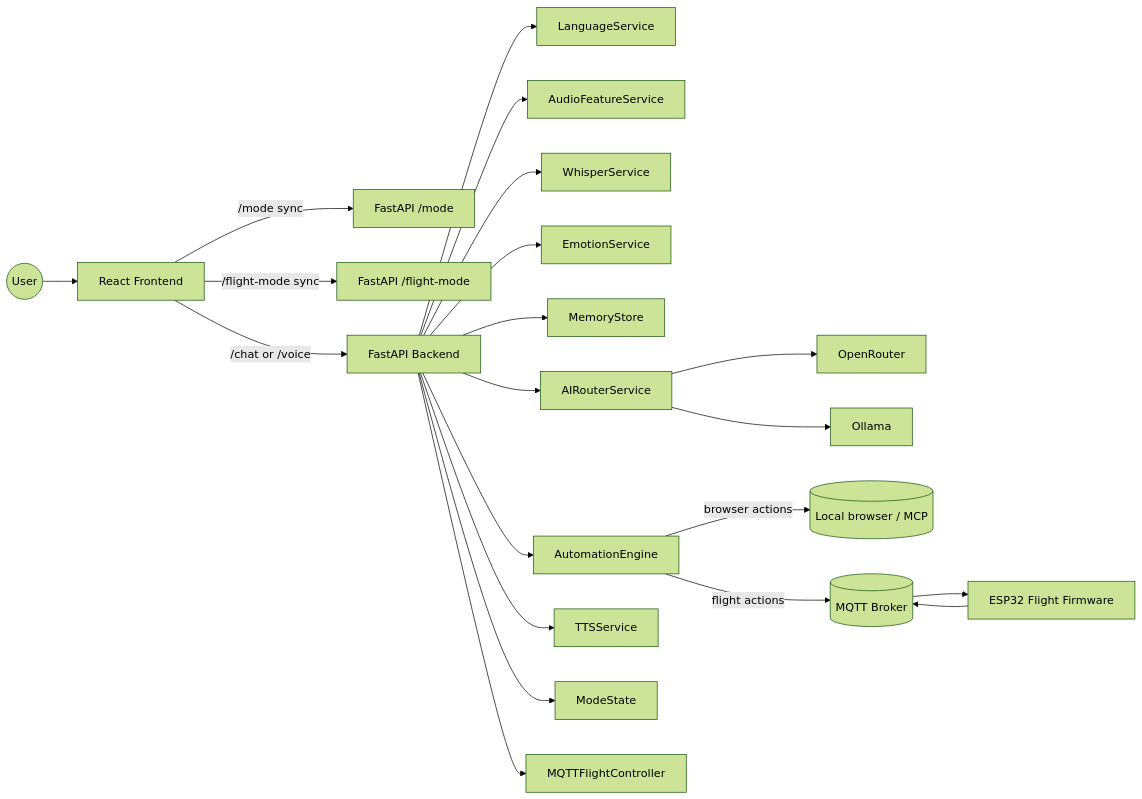
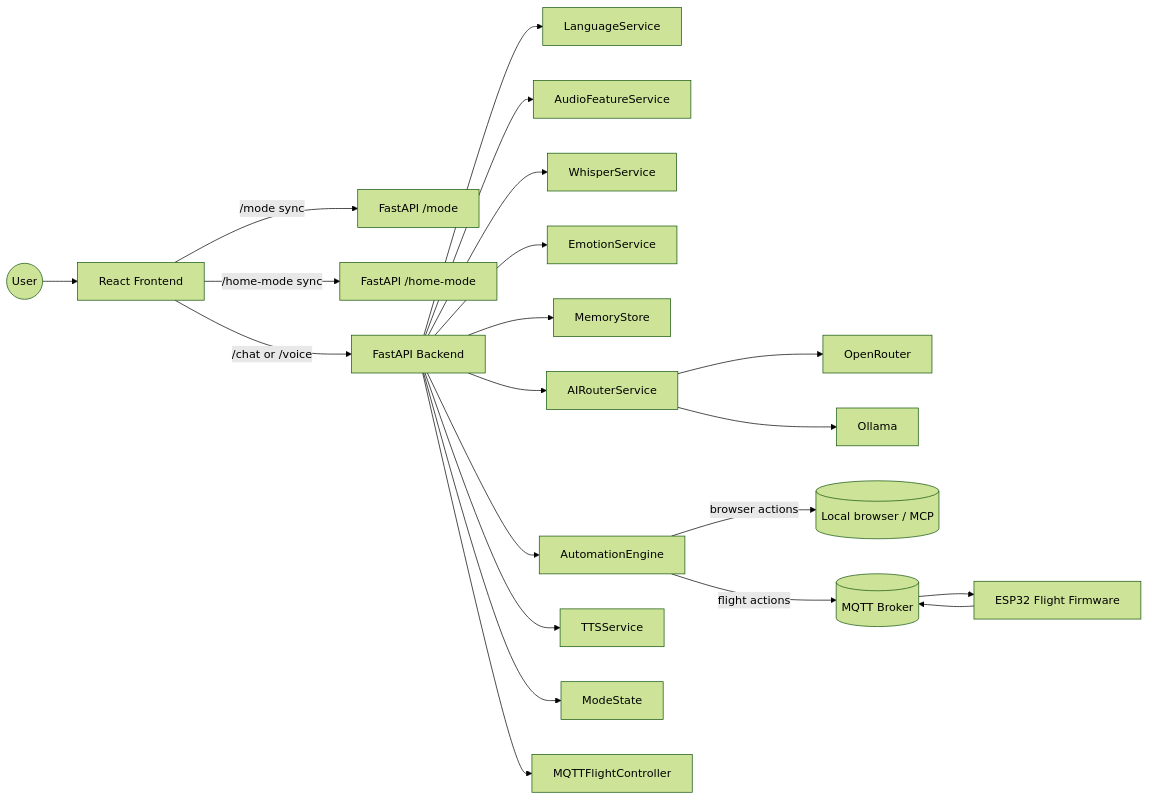
Before and after one commit to itzdineshx/zara-aura: the diagram in README.md, drawn with Mermaid (forest theme). The commit also changed other lines of this file and 14 other files, not shown here.

Commit message:
Add unit tests for automation engine and home API; implement MQTT home controller and ESP32 automation logic

````diff
--- a/README.md
+++ b/README.md
@@ -31,25 +31,25 @@
 ```mermaid
 flowchart LR
 	User((User)) --> UI[React Frontend]
 	UI -->|/mode sync| ModeAPI[FastAPI /mode]
-	UI -->|/flight-mode sync| FlightAPI[FastAPI /flight-mode]
+	UI -->|/home-mode sync| FlightAPI[FastAPI /home-mode]
 	UI -->|/chat or /voice| API[FastAPI Backend]
 
 	API --> Lang[LanguageService]
 	API --> Audio[AudioFeatureService]
 	API --> Whisper[WhisperService]
 	API --> Emotion[EmotionService]
 	API --> Memory[MemoryStore]
 	API --> Auto[AutomationEngine]
 	API --> Router[AIRouterService]
 	API --> TTS[TTSService]
 	API --> ModeState[ModeState]
 	API --> MQTT[MQTTFlightController]
 
 	Router --> OpenRouter[OpenRouter]
 	Router --> Ollama[Ollama]
 	Auto -->|browser actions| Browser[(Local browser / MCP)]
 	Auto -->|flight actions| MQTTBridge[(MQTT Broker)]
 	MQTTBridge --> ESP32[ESP32 Flight Firmware]
 	ESP32 --> MQTTBridge
 ```
````
